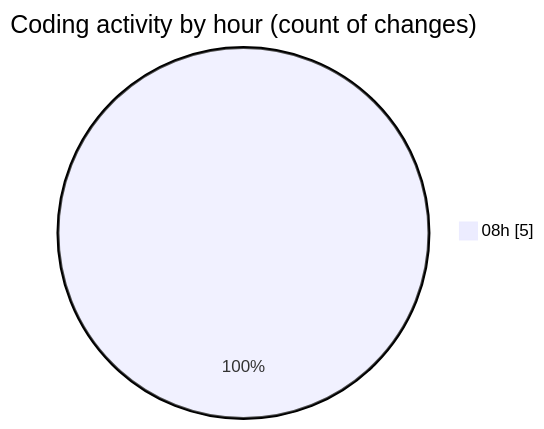
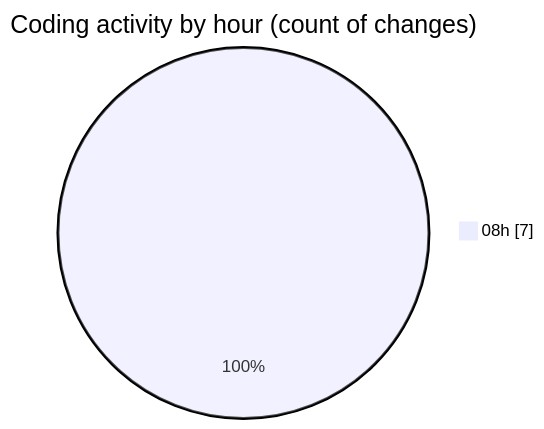
Before and after one commit to 3Nya3/code-tracking: the second of 2 diagrams in 2025-01-01/downloads/README.md, drawn with Mermaid. The commit also changed other lines of this file and 1 other file, not shown here.

````diff
--- a/2025-01-01/downloads/README.md
+++ b/2025-01-01/downloads/README.md
@@ -28,5 +28,5 @@
 ```mermaid
 pie showData
 title Coding activity by hour (count of changes)
-"08h" : 5
+"08h" : 7
 ```
````
